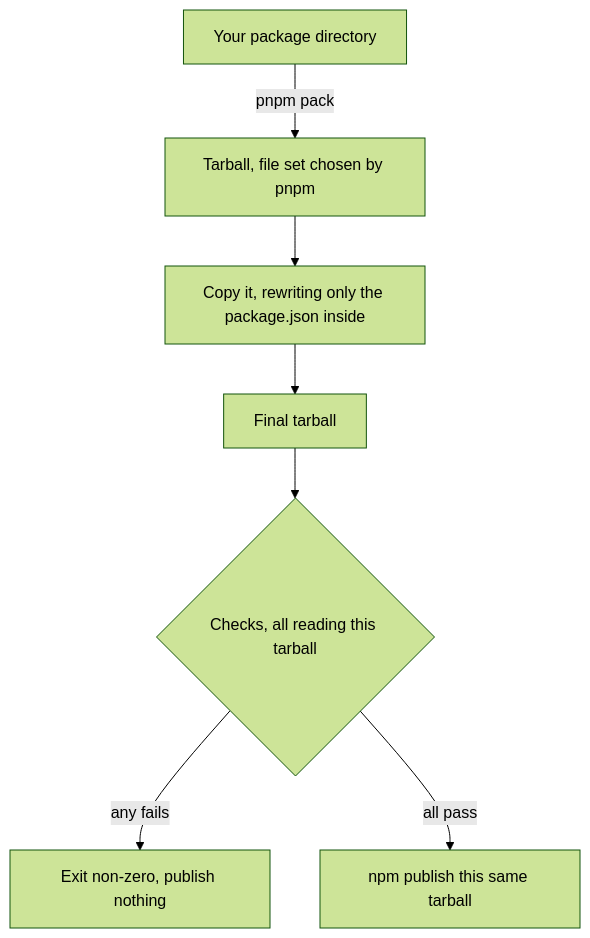
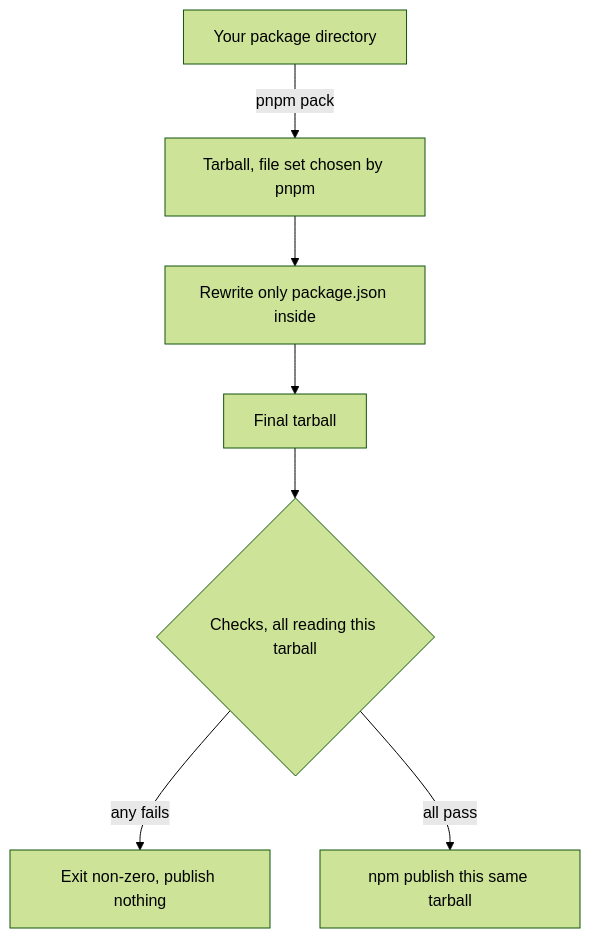
One commit to Anizoptera/publish-clean changed the diagram in README.md. Above: the diagram before and after it, drawn with Mermaid (forest theme). The commit also changed other lines of this file and 6 other files, not shown here.

````diff
--- a/README.md
+++ b/README.md
@@ -199,9 +177,9 @@
 ```mermaid
 flowchart TD
   A[Your package directory] -->|pnpm pack| B[Tarball, file set chosen by pnpm]
-  B --> C[Copy it, rewriting only the package.json inside]
+  B --> C[Rewrite only package.json inside]
   C --> D[Final tarball]
   D --> E{Checks, all reading this tarball}
   E -->|any fails| F[Exit non-zero, publish nothing]
   E -->|all pass| G[npm publish this same tarball]
 ```
````
